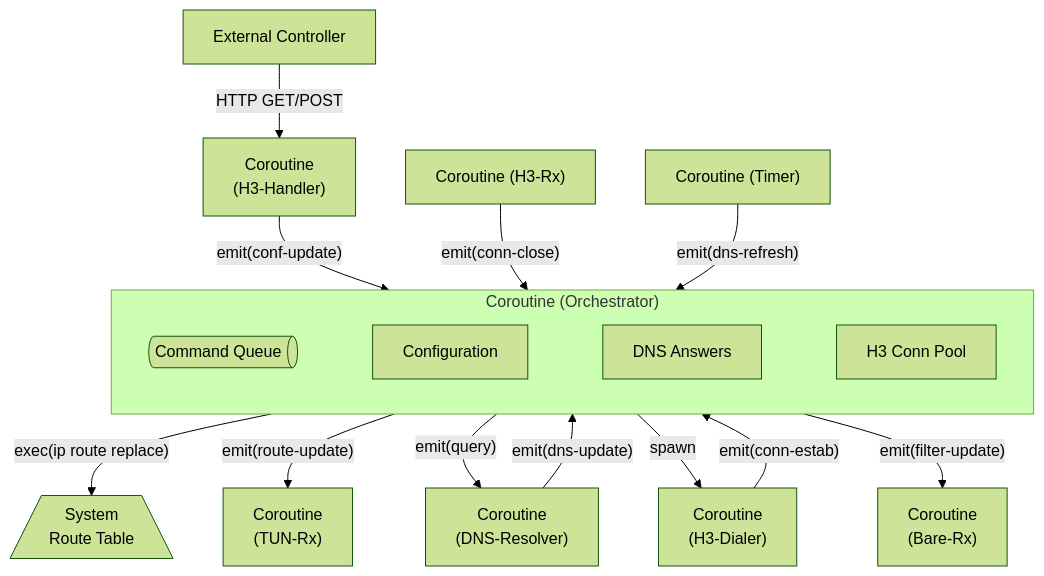
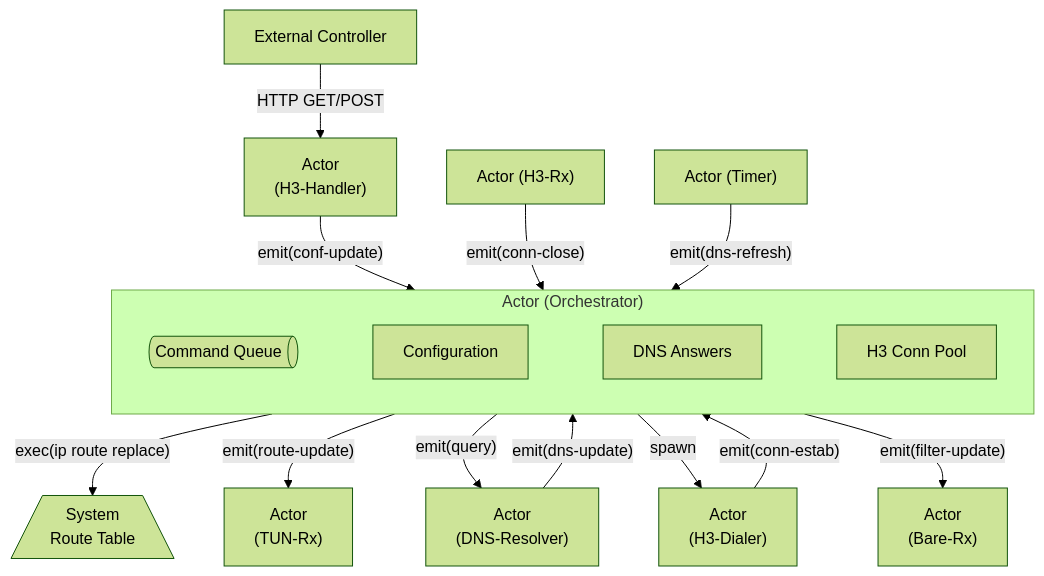
One commit to sands-lab/h3llo changed the third of 3 diagrams in docs/internals.md. Above: the diagram before and after it, drawn with Mermaid (forest theme). The commit also changed other lines of this file and 3 other files, not shown here.

````diff
--- a/docs/internals.md
+++ b/docs/internals.md
@@ -99,31 +105,31 @@
 ```mermaid
 flowchart TB
-    subgraph cr-orch["Coroutine (Orchestrator)"]
+    subgraph cr-orch["Actor (Orchestrator)"]
         oq[Command Queue]@{shape: h-cyl}
         hcp[H3 Conn Pool]
         dr[DNS Answers]
         conf[Configuration]
         oq ~~~ conf ~~~ dr ~~~ hcp
     end
 
     ctrl["External Controller"]
-    cr-h3h["Coroutine<br>(H3-Handler)"]
-    cr-h3r["Coroutine (H3-Rx)"]
-    cr-timer["Coroutine (Timer)"]
+    cr-h3h["Actor<br>(H3-Handler)"]
+    cr-h3r["Actor (H3-Rx)"]
+    cr-timer["Actor (Timer)"]
 
     rsys[/System<br>Route Table\]
-    cr-tun["Coroutine<br>(TUN-Rx)"]
-    cr-bare["Coroutine<br>(Bare-Rx)"]
-    cr-dns["Coroutine<br>(DNS-Resolver)"]
-    cr-h3d["Coroutine<br>(H3-Dialer)"]
+    cr-tun["Actor<br>(TUN-Rx)"]
+    cr-bare["Actor<br>(Bare-Rx)"]
+    cr-dns["Actor<br>(DNS-Resolver)"]
+    cr-h3d["Actor<br>(H3-Dialer)"]
 
     ctrl -- HTTP GET/POST --> cr-h3h -- emit(conf-update) --> cr-orch
     cr-h3r -- emit(conn-close) --> cr-orch
     cr-timer -- emit(dns-refresh) --> cr-orch
     
     cr-orch -- exec(ip route replace) --> rsys
     cr-orch -- emit(route-update) --> cr-tun
     cr-orch -- emit(query) --> cr-dns -- emit(dns-update)--> cr-orch
     cr-orch -- spawn --> cr-h3d -- emit(conn-estab) --> cr-orch
     cr-orch -- emit(filter-update) --> cr-bare
 ```
````
